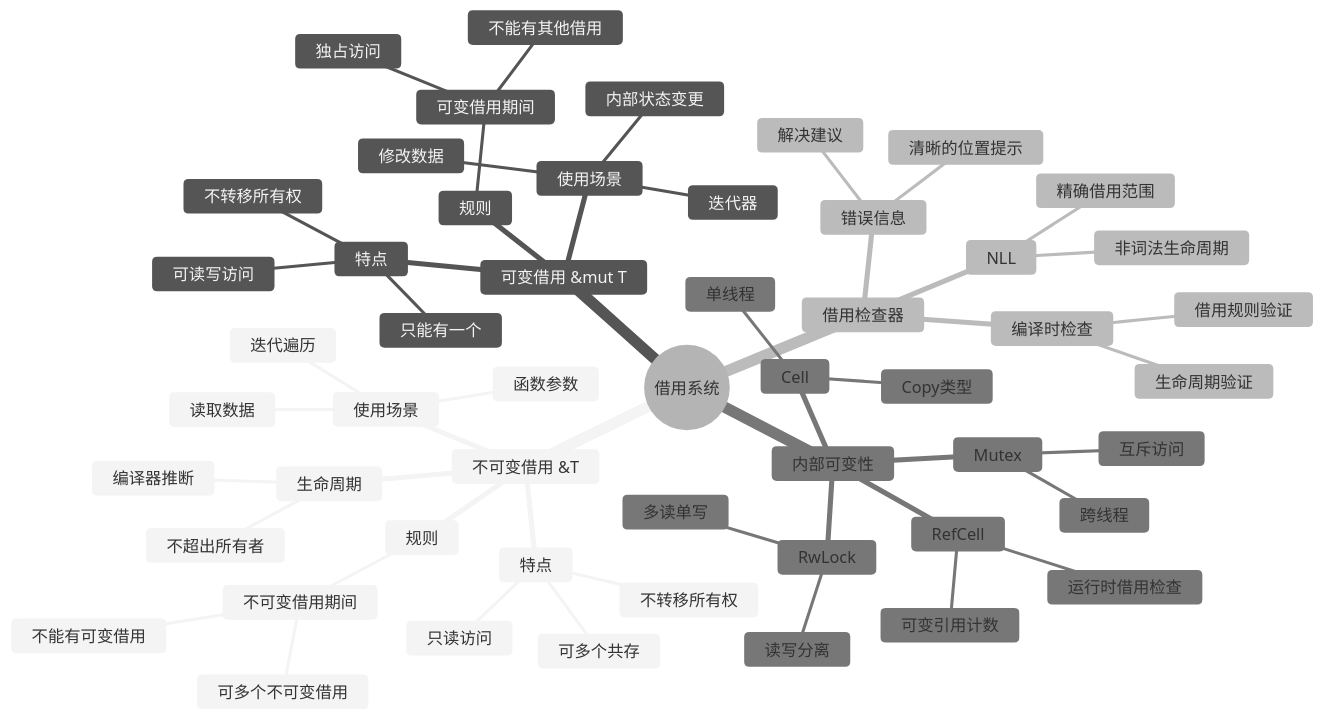
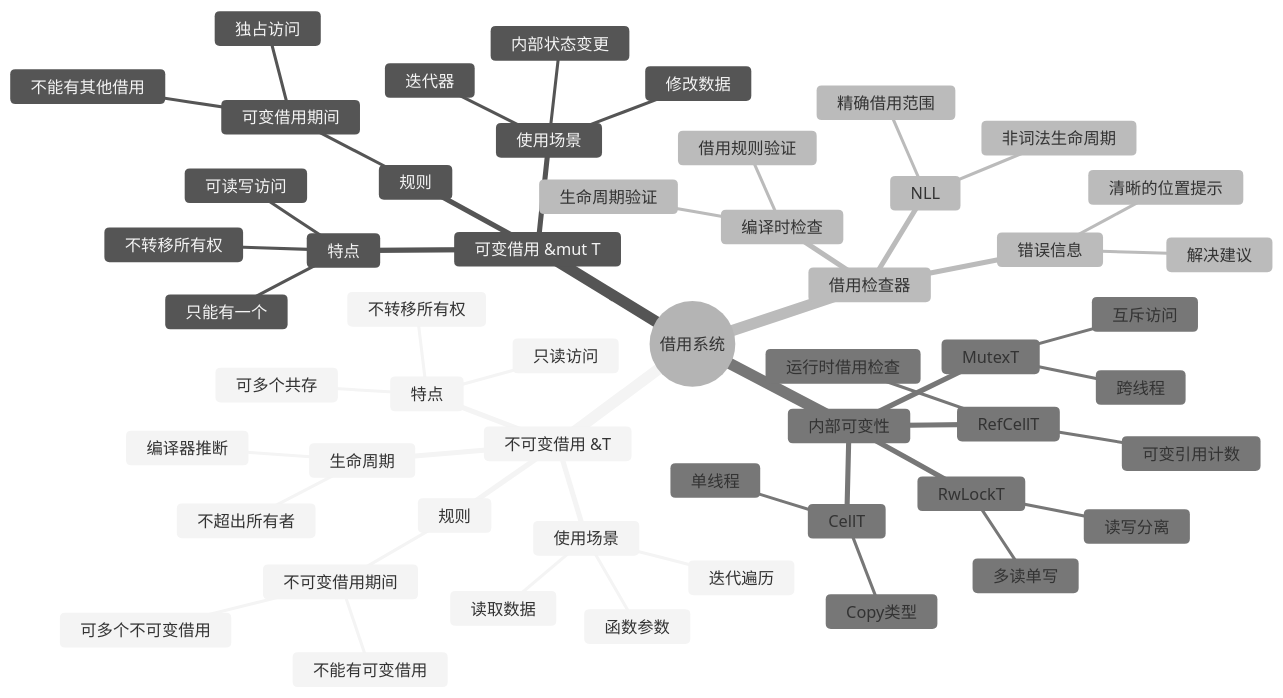
Before and after one commit to martin-ly/rust-lang: the third of 19 diagrams in docs/04_thinking/04_mind_map_collection.md, drawn with Mermaid (neutral theme). The commit also changed other lines of this file and 97 other files, not shown here.

````diff
--- a/docs/04_thinking/04_mind_map_collection.md
+++ b/docs/04_thinking/04_mind_map_collection.md
@@ -186,56 +186,56 @@
 ```mermaid
 mindmap
   root((借用系统))
     不可变借用 &T
       特点
         只读访问
         可多个共存
         不转移所有权
       规则
         不可变借用期间
           不能有可变借用
           可多个不可变借用
       生命周期
         不超出所有者
         编译器推断
       使用场景
         读取数据
         函数参数
         迭代遍历
     可变借用 &mut T
       特点
         可读写访问
         只能有一个
         不转移所有权
       规则
         可变借用期间
           不能有其他借用
           独占访问
       使用场景
         修改数据
         迭代器
         内部状态变更
     借用检查器
       编译时检查
         借用规则验证
         生命周期验证
       NLL
         非词法生命周期
         精确借用范围
       错误信息
         清晰的位置提示
         解决建议
     内部可变性
-      Cell<T>
+      CellT
         单线程
         Copy类型
-      RefCell<T>
+      RefCellT
         运行时借用检查
         可变引用计数
-      Mutex<T>
+      MutexT
         跨线程
         互斥访问
-      RwLock<T>
+      RwLockT
         读写分离
         多读单写
 ```
````
